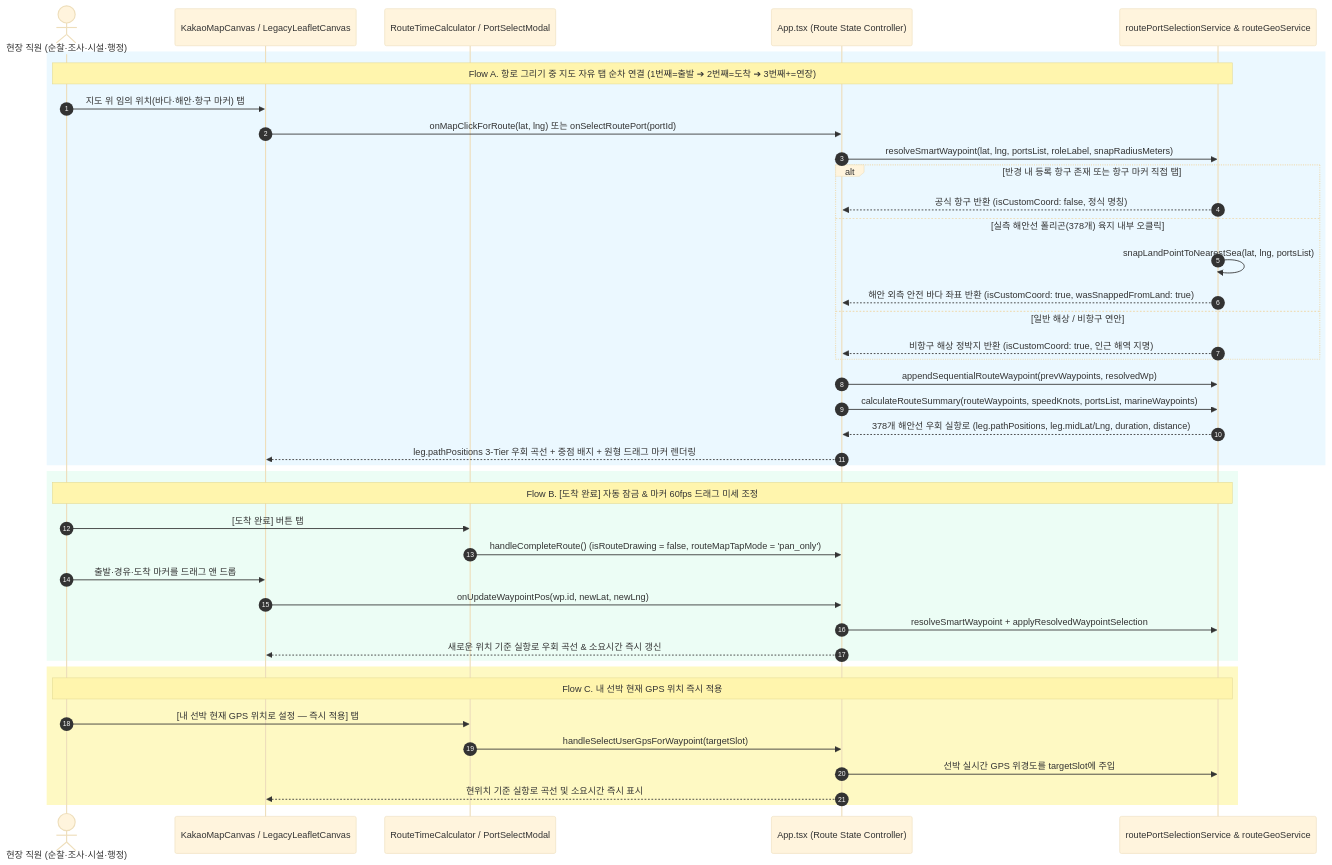
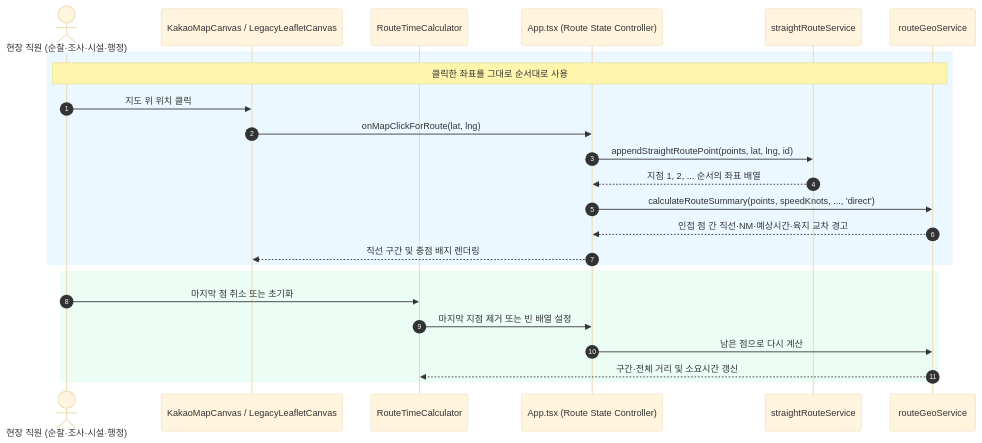
Before and after one commit to fiesta5155/badakkomkkomi: the diagram in docs/ARCHITECTURE_AND_DESIGN.md, drawn with Mermaid (base theme). The commit also changed other lines of this file and 27 other files, not shown here.

````diff
--- a/docs/ARCHITECTURE_AND_DESIGN.md
+++ b/docs/ARCHITECTURE_AND_DESIGN.md
@@ -41,46 +40,28 @@
 ```mermaid
 sequenceDiagram
     autonumber
     actor User as 현장 직원 (순찰·조사·시설·행정)
     participant Map as KakaoMapCanvas / LegacyLeafletCanvas
-    participant CalcUI as RouteTimeCalculator / PortSelectModal
+    participant CalcUI as RouteTimeCalculator
     participant App as App.tsx (Route State Controller)
-    participant SmartSvc as routePortSelectionService & routeGeoService
+    participant StraightSvc as straightRouteService
+    participant GeoSvc as routeGeoService
 
     rect rgb(235, 248, 255)
-        Note over User,SmartSvc: Flow A. 항로 그리기 중 지도 자유 탭 순차 연결 (1번째=출발 ➔ 2번째=도착 ➔ 3번째+=연장)
-        User->>Map: 지도 위 임의 위치(바다·해안·항구 마커) 탭
-        Map->>App: onMapClickForRoute(lat, lng) 또는 onSelectRoutePort(portId)
-        App->>SmartSvc: resolveSmartWaypoint(lat, lng, portsList, roleLabel, snapRadiusMeters)
-        alt 반경 내 등록 항구 존재 또는 항구 마커 직접 탭
-            SmartSvc-->>App: 공식 항구 반환 (isCustomCoord: false, 정식 명칭)
-        else 실측 해안선 폴리곤(378개) 육지 내부 오클릭
-            SmartSvc->>SmartSvc: snapLandPointToNearestSea(lat, lng, portsList)
-            SmartSvc-->>App: 해안 외측 안전 바다 좌표 반환 (isCustomCoord: true, wasSnappedFromLand: true)
-        else 일반 해상 / 비항구 연안
-            SmartSvc-->>App: 비항구 해상 정박지 반환 (isCustomCoord: true, 인근 해역 지명)
-        end
-        App->>SmartSvc: appendSequentialRouteWaypoint(prevWaypoints, resolvedWp)
-        App->>SmartSvc: calculateRouteSummary(routeWaypoints, speedKnots, portsList, marineWaypoints)
-        SmartSvc-->>App: 378개 해안선 우회 실항로 (leg.pathPositions, leg.midLat/Lng, duration, distance)
-        App-->>Map: leg.pathPositions 3-Tier 우회 곡선 + 중점 배지 + 원형 드래그 마커 렌더링
+        Note over User,GeoSvc: 클릭한 좌표를 그대로 순서대로 사용
+        User->>Map: 지도 위 위치 클릭
+        Map->>App: onMapClickForRoute(lat, lng)
+        App->>StraightSvc: appendStraightRoutePoint(points, lat, lng, id)
+        StraightSvc-->>App: 지점 1, 2, ... 순서의 좌표 배열
+        App->>GeoSvc: calculateRouteSummary(points, speedKnots, ..., 'direct')
+        GeoSvc-->>App: 인접 점 간 직선·NM·예상시간·육지 교차 경고
+        App-->>Map: 직선 구간 및 중점 배지 렌더링
     end
 
     rect rgb(236, 253, 245)
-        Note over User,SmartSvc: Flow B. [도착 완료] 자동 잠금 & 마커 60fps 드래그 미세 조정
-        User->>CalcUI: [도착 완료] 버튼 탭
-        CalcUI->>App: handleCompleteRoute() (isRouteDrawing = false, routeMapTapMode = 'pan_only')
-        User->>Map: 출발·경유·도착 마커를 드래그 앤 드롭
-        Map->>App: onUpdateWaypointPos(wp.id, newLat, newLng)
-        App->>SmartSvc: resolveSmartWaypoint + applyResolvedWaypointSelection
-        App-->>Map: 새로운 위치 기준 실항로 우회 곡선 & 소요시간 즉시 갱신
-    end
-
-    rect rgb(254, 249, 195)
-        Note over User,SmartSvc: Flow C. 내 선박 현재 GPS 위치 즉시 적용
-        User->>CalcUI: [내 선박 현재 GPS 위치로 설정 — 즉시 적용] 탭
-        CalcUI->>App: handleSelectUserGpsForWaypoint(targetSlot)
-        App->>SmartSvc: 선박 실시간 GPS 위경도를 targetSlot에 주입
-        App-->>Map: 현위치 기준 실항로 곡선 및 소요시간 즉시 표시
+        User->>CalcUI: 마지막 점 취소 또는 초기화
+        CalcUI->>App: 마지막 지점 제거 또는 빈 배열 설정
+        App->>GeoSvc: 남은 점으로 다시 계산
+        GeoSvc-->>CalcUI: 구간·전체 거리 및 소요시간 갱신
     end
 ```
````
